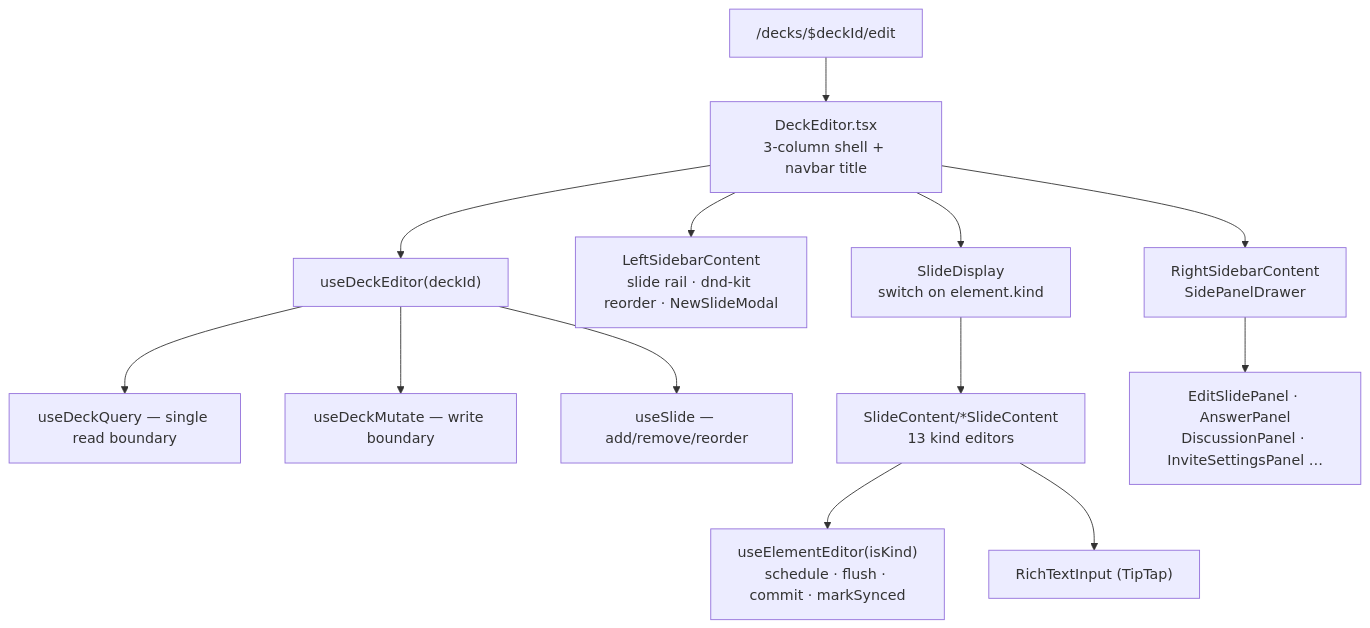
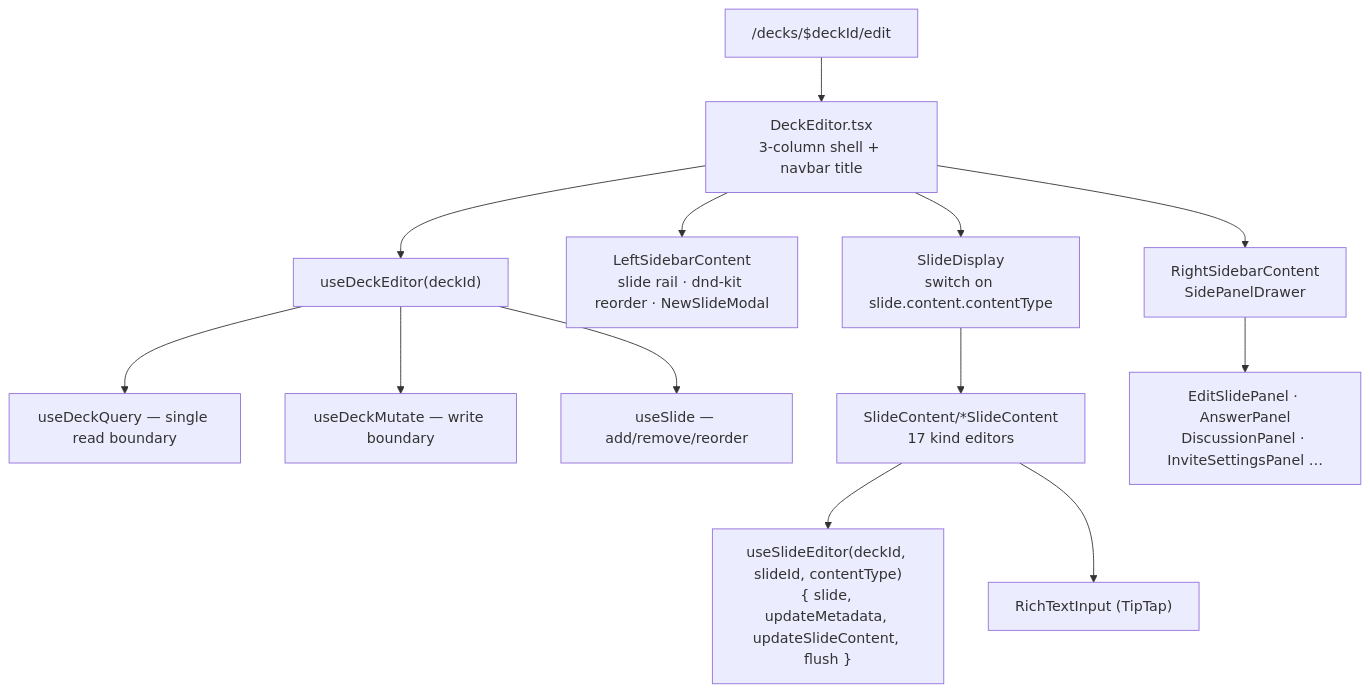
Before and after one commit to Saganaut/ambi: the fourth of 6 diagrams in z-docs/diagrams/deck-authoring.md, drawn with Mermaid. The commit also changed other lines of this file and 5 other files, not shown here.

Commit message:
docs(diagrams): correct auth, collaboration, deck-authoring, domain-model, frontend-architecture, index

````diff
--- a/z-docs/diagrams/deck-authoring.md
+++ b/z-docs/diagrams/deck-authoring.md
@@ -93,17 +94,17 @@
 ```mermaid
 flowchart TB
     ROUTE["/decks/$deckId/edit"] --> DE["DeckEditor.tsx<br/>3-column shell + navbar title"]
     DE --> HOOK["useDeckEditor(deckId)"]
     HOOK --> RQ["useDeckQuery — single read boundary"]
     HOOK --> RM["useDeckMutate — write boundary"]
     HOOK --> SL["useSlide — add/remove/reorder"]
 
     DE --> LEFT["LeftSidebarContent<br/>slide rail · dnd-kit reorder · NewSlideModal"]
-    DE --> CANVAS["SlideDisplay<br/>switch on element.kind"]
+    DE --> CANVAS["SlideDisplay<br/>switch on slide.content.contentType"]
     DE --> RIGHT["RightSidebarContent<br/>SidePanelDrawer"]
 
-    CANVAS --> SC["SlideContent/*SlideContent<br/>13 kind editors"]
-    SC --> UEE["useElementEditor(isKind)<br/>schedule · flush · commit · markSynced"]
+    CANVAS --> SC["SlideContent/*SlideContent<br/>17 kind editors"]
+    SC --> UEE["useSlideEditor(deckId, slideId, contentType)<br/>{ slide, updateMetadata, updateSlideContent, flush }"]
     RIGHT --> PANELS["EditSlidePanel · AnswerPanel<br/>DiscussionPanel · InviteSettingsPanel …"]
     SC --> RTI["RichTextInput (TipTap)"]
 ```
````
